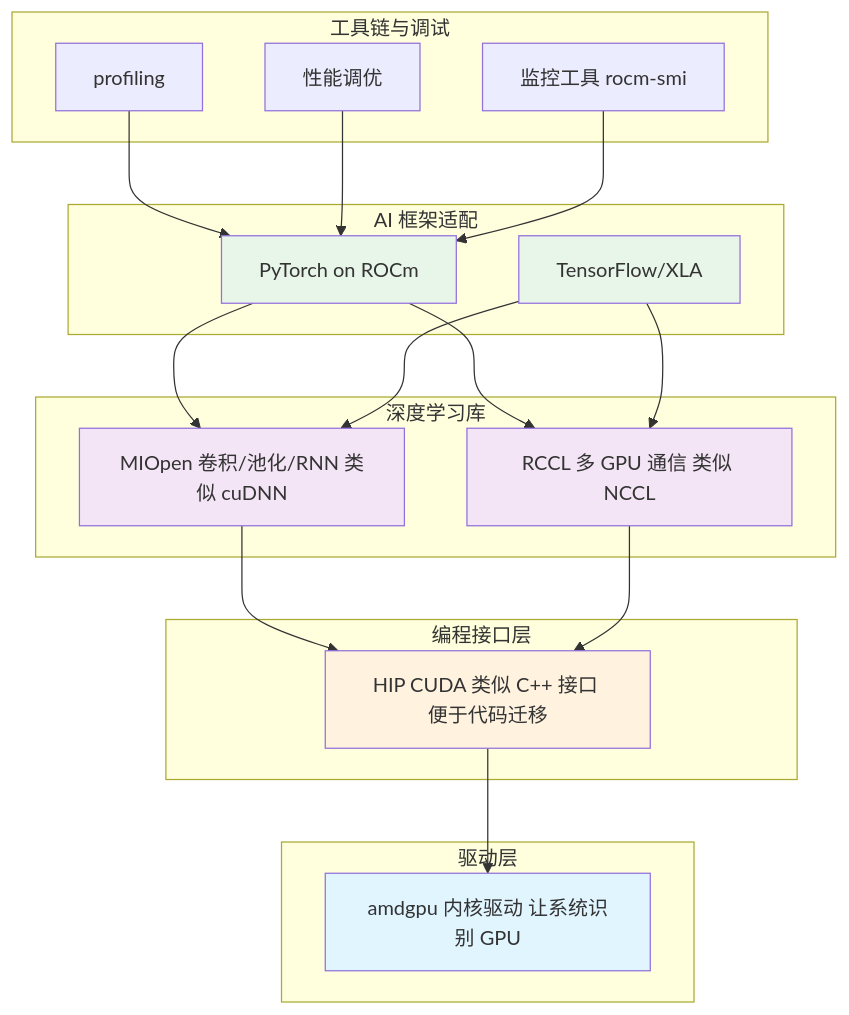
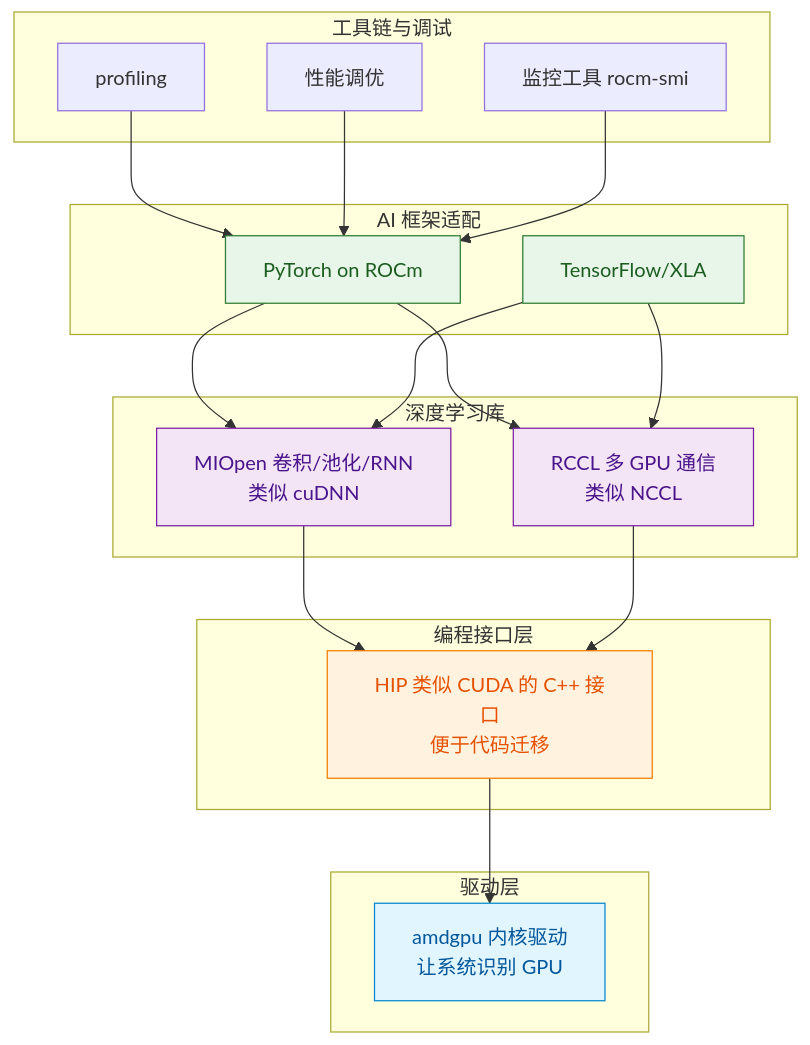
Before and after one commit to datawhalechina/hello-rocm: the diagram in docs/zh/03-infra/embrace-amd-ai.md, drawn with Mermaid. The commit also changed other lines of this file and 12 other files, not shown here.

````diff
--- a/docs/zh/03-infra/embrace-amd-ai.md
+++ b/docs/zh/03-infra/embrace-amd-ai.md
@@ -95,44 +88,47 @@
 ```mermaid
 graph TB
     subgraph "工具链与调试"
         T1[profiling]
         T2[性能调优]
         T3[监控工具 rocm-smi]
     end
 
     subgraph "AI 框架适配"
         F1[PyTorch on ROCm]
         F2[TensorFlow/XLA]
     end
 
     subgraph "深度学习库"
-        L1[MIOpen 卷积/池化/RNN 类似 cuDNN]
-        L2[RCCL 多 GPU 通信 类似 NCCL]
+        L1["MIOpen 卷积/池化/RNN<br/>类似 cuDNN"]
+        L2["RCCL 多 GPU 通信<br/>类似 NCCL"]
     end
 
     subgraph "编程接口层"
-        H[HIP CUDA 类似 C++ 接口 便于代码迁移]
+        H["HIP 类似 CUDA 的 C++ 接口<br/>便于代码迁移"]
     end
 
     subgraph "驱动层"
-        D[amdgpu 内核驱动 让系统识别 GPU]
+        D["amdgpu 内核驱动<br/>让系统识别 GPU"]
     end
 
     T1 --> F1
     T2 --> F1
     T3 --> F1
     F1 --> L1
     F1 --> L2
     F2 --> L1
     F2 --> L2
     L1 --> H
     L2 --> H
     H --> D
 
-    style D fill:#e1f5ff
-    style H fill:#fff3e0
-    style L1 fill:#f3e5f5
-    style L2 fill:#f3e5f5
-    style F1 fill:#e8f5e9
-    style F2 fill:#e8f5e9
+    classDef layer-driver fill:#e1f5ff,stroke:#0288d1,stroke-width:1px,color:#01579b
+    classDef layer-interface fill:#fff3e0,stroke:#f57c00,stroke-width:1px,color:#e65100
+    classDef layer-library fill:#f3e5f5,stroke:#7b1fa2,stroke-width:1px,color:#4a148c
+    classDef layer-framework fill:#e8f5e9,stroke:#2e7d32,stroke-width:1px,color:#1b5e20
+
+    class D layer-driver
+    class H layer-interface
+    class L1,L2 layer-library
+    class F1,F2 layer-framework
 ```
````
